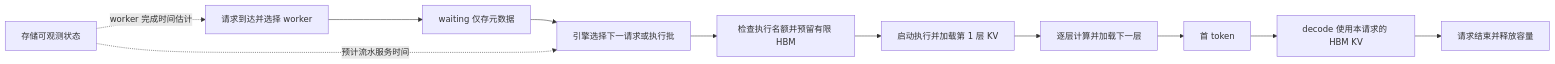
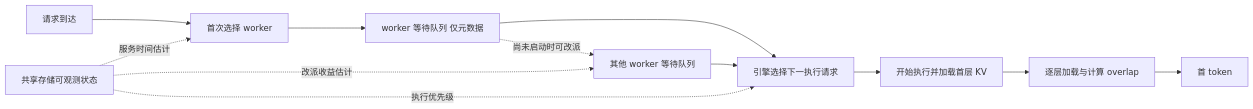
One commit to QiliangLi/status_aware_network changed the diagram in docs/全局共享KV的调度与Prefill顺序研究逻辑-20260908.md. Above: the diagram before and after it, drawn with Mermaid. The commit also changed other lines of this file, not shown here.

````diff
--- a/docs/全局共享KV的调度与Prefill顺序研究逻辑-20260908.md
+++ b/docs/全局共享KV的调度与Prefill顺序研究逻辑-20260908.md
@@ -35,13 +20,14 @@
 ```mermaid
 flowchart LR
-    A[请求到达并选择 worker] --> W[waiting 仅存元数据]
-    W --> D[引擎选择下一请求或执行批]
-    D --> M[检查执行名额并预留有限 HBM]
-    M --> X[启动执行并加载第 1 层 KV]
-    X --> P[逐层计算并加载下一层]
+    A[请求到达] --> R[首次选择 worker]
+    R --> W[worker 等待队列 仅元数据]
+    W --> S[引擎选择下一执行请求]
+    W -. 尚未启动时可改派 .-> V[其他 worker 等待队列]
+    V --> S
+    S --> L[开始执行并加载首层 KV]
+    L --> P[逐层加载与计算 overlap]
     P --> F[首 token]
-    F --> R[decode 使用本请求的 HBM KV]
-    R --> E[请求结束并释放容量]
-    S[存储可观测状态] -. 预计流水服务时间 .-> D
-    S -. worker 完成时间估计 .-> A
+    O[共享存储可观测状态] -. 服务时间估计 .-> R
+    O -. 改派收益估计 .-> V
+    O -. 执行优先级 .-> S
 ```
````
